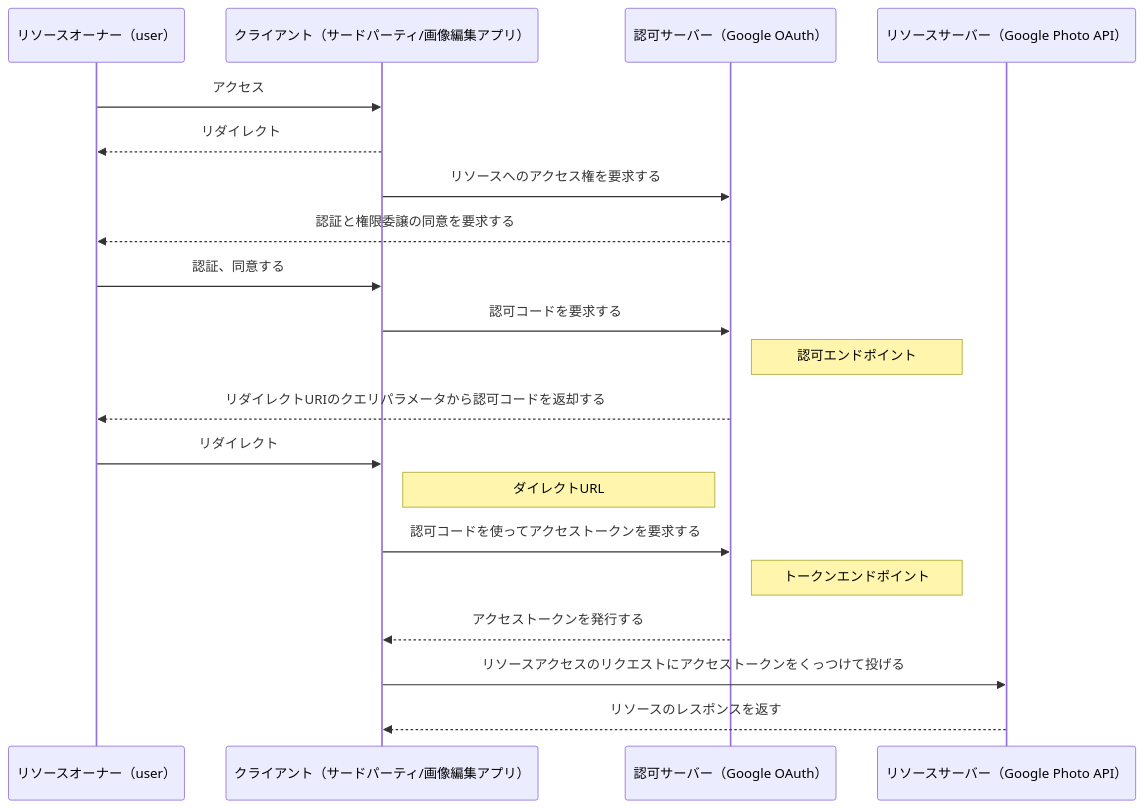
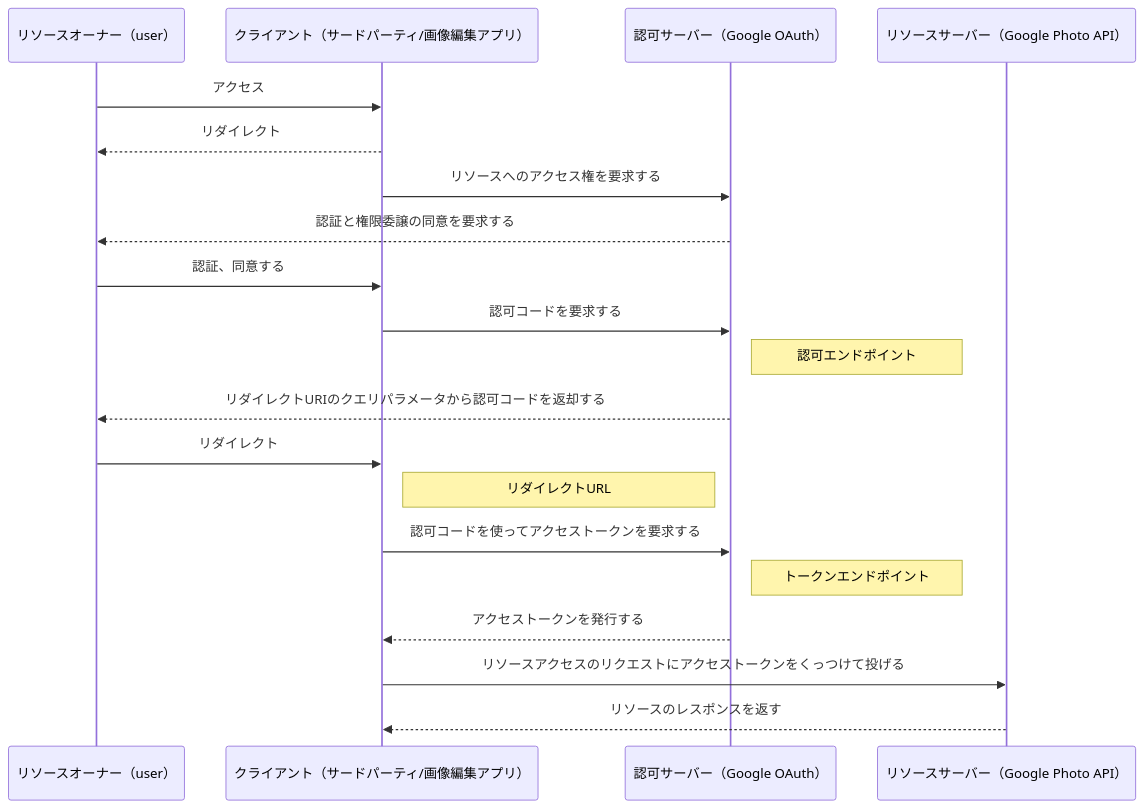
The second of 6 diagrams in articles/c877c7fb04197b.md (sjbworks/articles), drawn with Mermaid before and after one commit.

````diff
--- a/articles/c877c7fb04197b.md
+++ b/articles/c877c7fb04197b.md
@@ -140,20 +140,20 @@
 ```mermaid
 sequenceDiagram
 
 リソースオーナー（user） ->> クライアント（サードパーティ/画像編集アプリ）: アクセス
 クライアント（サードパーティ/画像編集アプリ）-->> リソースオーナー（user）:リダイレクト
 クライアント（サードパーティ/画像編集アプリ） ->> 認可サーバー（Google OAuth）: リソースへのアクセス権を要求する
 認可サーバー（Google OAuth）-->> リソースオーナー（user） : 認証と権限委譲の同意を要求する
 リソースオーナー（user）->>　クライアント（サードパーティ/画像編集アプリ）: 認証、同意する
 クライアント（サードパーティ/画像編集アプリ）->> 認可サーバー（Google OAuth）: 認可コードを要求する
 Note right of 認可サーバー（Google OAuth）: 認可エンドポイント
 認可サーバー（Google OAuth）-->> リソースオーナー（user）: リダイレクトURIのクエリパラメータから認可コードを返却する
 リソースオーナー（user）->> クライアント（サードパーティ/画像編集アプリ）: リダイレクト
-Note right of クライアント（サードパーティ/画像編集アプリ）: ダイレクトURL
+Note right of クライアント（サードパーティ/画像編集アプリ）: リダイレクトURL
 クライアント（サードパーティ/画像編集アプリ）->> 認可サーバー（Google OAuth）: 認可コードを使ってアクセストークンを要求する
 Note right of 認可サーバー（Google OAuth）: トークンエンドポイント
 認可サーバー（Google OAuth）-->> クライアント（サードパーティ/画像編集アプリ）: アクセストークンを発行する
 クライアント（サードパーティ/画像編集アプリ）->> リソースサーバー（Google Photo API）: リソースアクセスのリクエストにアクセストークンをくっつけて投げる
 リソースサーバー（Google Photo API）-->> クライアント（サードパーティ/画像編集アプリ）: リソースのレスポンスを返す
 
 ```
````
